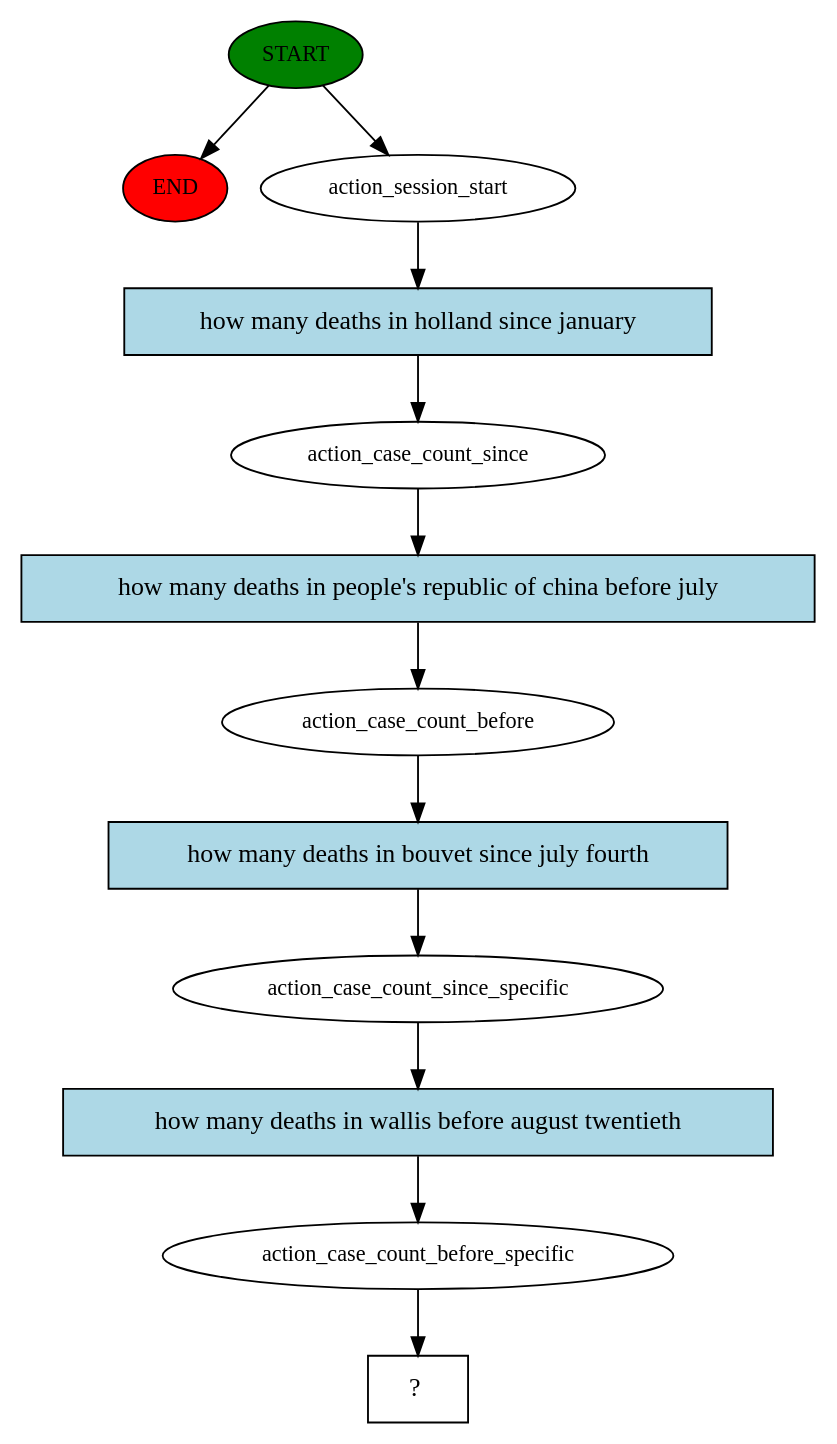
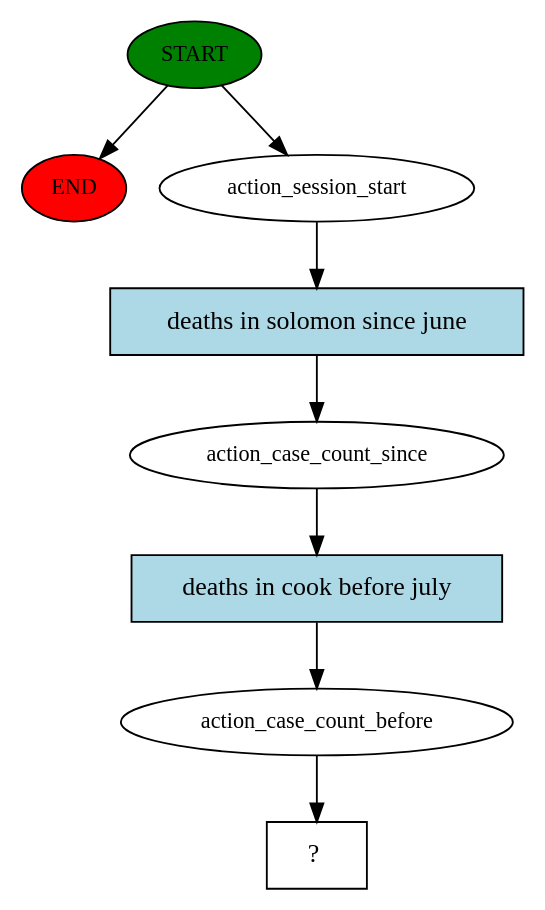
Before and after one commit to gmeisinger/chatbot: the diagram in rasa/story_graph.dot, drawn with Graphviz. The commit also changed 5 other files, not shown here.

```diff
--- a/rasa/story_graph.dot
+++ b/rasa/story_graph.dot
@@ -1,25 +1,17 @@
 digraph  {
 0 [class="start active", fillcolor=green, fontsize=12, label=START, style=filled];
 "-1" [class=end, fillcolor=red, fontsize=12, label=END, style=filled];
 1 [class=active, fontsize=12, label=action_session_start];
 2 [class=active, fontsize=12, label=action_case_count_since];
 3 [class=active, fontsize=12, label=action_case_count_before];
-4 [class=active, fontsize=12, label=action_case_count_since_specific];
-5 [class=active, fontsize=12, label=action_case_count_before_specific];
-6 [class="intent dashed active", label="  ?  ", shape=rect];
-7 [class="intent active", fillcolor=lightblue, label="how many deaths in holland since january", shape=rect, style=filled];
-8 [class="intent active", fillcolor=lightblue, label="how many deaths in people's republic of china before july", shape=rect, style=filled];
-9 [class="intent active", fillcolor=lightblue, label="how many deaths in bouvet since july fourth", shape=rect, style=filled];
-10 [class="intent active", fillcolor=lightblue, label="how many deaths in wallis before august twentieth", shape=rect, style=filled];
+4 [class="intent dashed active", label="  ?  ", shape=rect];
+5 [class="intent active", fillcolor=lightblue, label="deaths in solomon since june", shape=rect, style=filled];
+6 [class="intent active", fillcolor=lightblue, label="deaths in cook before july", shape=rect, style=filled];
 0 -> "-1"  [class="", key=NONE, label=""];
 0 -> 1  [class=active, key=NONE, label=""];
-1 -> 7  [class=active, key=0];
-2 -> 8  [class=active, key=0];
-3 -> 9  [class=active, key=0];
-4 -> 10  [class=active, key=0];
-5 -> 6  [class=active, key=NONE, label=""];
-7 -> 2  [class=active, key=0];
-8 -> 3  [class=active, key=0];
-9 -> 4  [class=active, key=0];
-10 -> 5  [class=active, key=0];
+1 -> 5  [class=active, key=0];
+2 -> 6  [class=active, key=0];
+3 -> 4  [class=active, key=NONE, label=""];
+5 -> 2  [class=active, key=0];
+6 -> 3  [class=active, key=0];
 }
```
